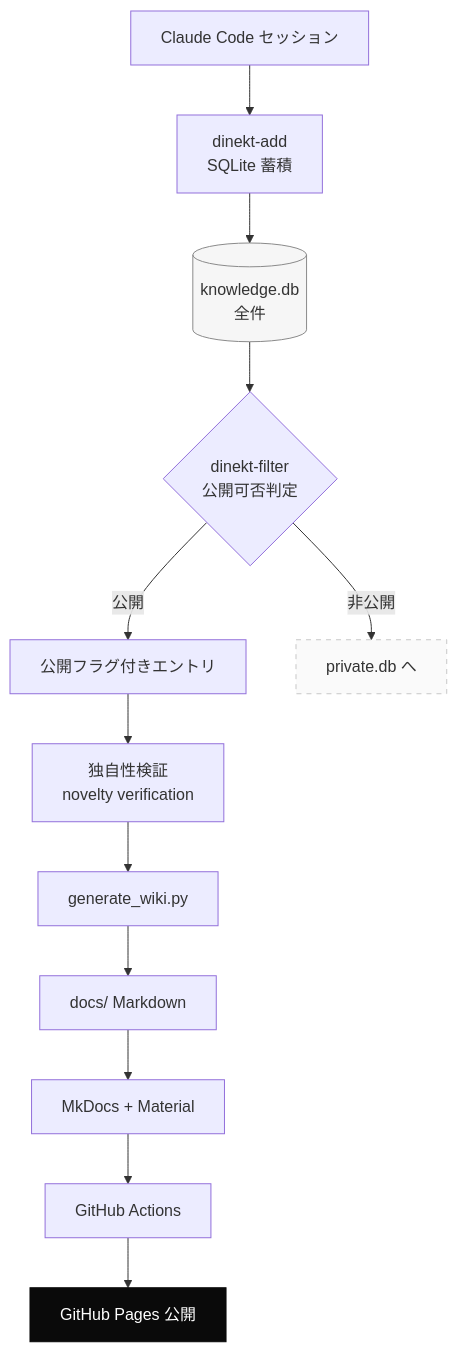
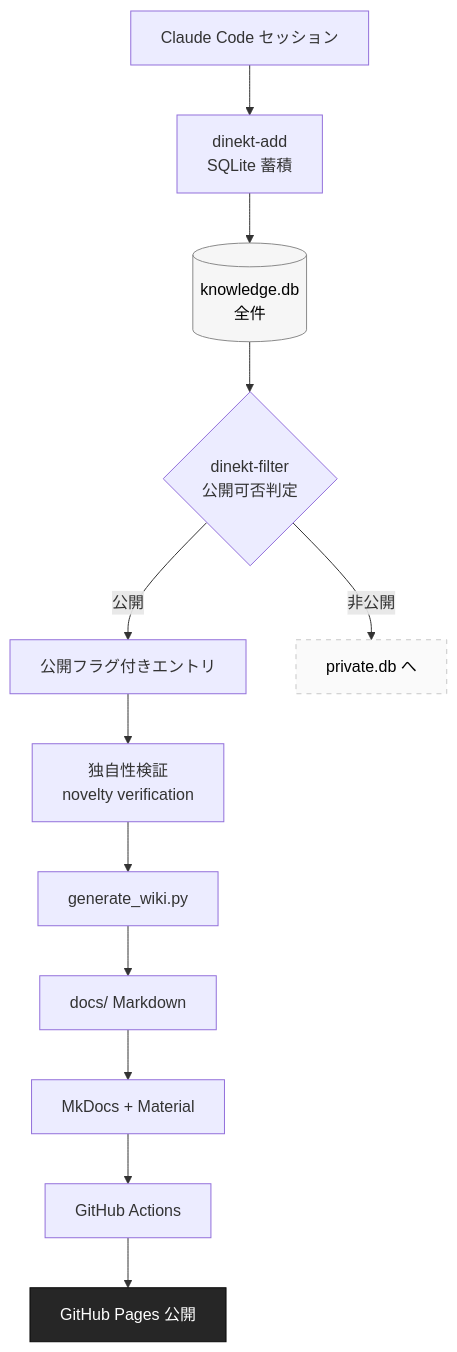
One commit to dinekt/dinekt-wiki changed the first of 2 diagrams in docs/tools/ナレッジベースを静的-wiki-として自動公開するパイプライン.md. Above: the diagram before and after it, drawn with Mermaid. The commit also changed other lines of this file and 71 other files, not shown here.

First line of the commit message:
fix: mermaid readability + remove GitHub repo toolbar

````diff
--- a/docs/tools/ナレッジベースを静的-wiki-として自動公開するパイプライン.md
+++ b/docs/tools/ナレッジベースを静的-wiki-として自動公開するパイプライン.md
@@ -23,18 +23,18 @@
 ```mermaid
 flowchart TD
     A[Claude Code セッション] --> B[dinekt-add<br/>SQLite 蓄積]
     B --> C[(knowledge.db<br/>全件)]
     C --> D{dinekt-filter<br/>公開可否判定}
     D -->|公開| E[公開フラグ付きエントリ]
     D -->|非公開| X[private.db へ]
     E --> F[独自性検証<br/>novelty verification]
     F --> G[generate_wiki.py]
     G --> H[docs/ Markdown]
     H --> I[MkDocs + Material]
     I --> J[GitHub Actions]
     J --> K[GitHub Pages 公開]
 
-    style C fill:#f6f6f6,stroke:#8a8a8a
-    style X fill:#fafafa,stroke:#c8c8c8,stroke-dasharray: 5 5
-    style K fill:#0a0a0a,stroke:#0a0a0a,color:#fff
+    style C fill:#f6f6f6,stroke:#8a8a8a,color:#000
+    style X fill:#fafafa,stroke:#c8c8c8,stroke-dasharray: 5 5,color:#000
+    style K fill:#262626,stroke:#0a0a0a,color:#fff
 ```
````
